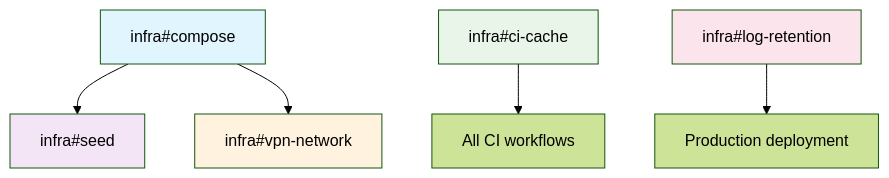
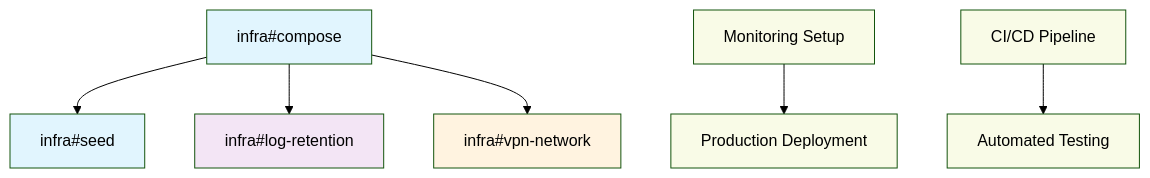
One commit to maury91/miauflix changed the diagram in todo/infra-todos.md. Above: the diagram before and after it, drawn with Mermaid (forest theme). The commit also changed other lines of this file and 5 other files, not shown here.

Commit message:
update roadmap

````diff
--- a/todo/infra-todos.md
+++ b/todo/infra-todos.md
@@ -194,13 +404,24 @@
 ```mermaid
 graph TD
+    %% Priority 1 Dependencies
     A[infra#compose] --> B[infra#seed]
-    A --> C[infra#vpn-network]
-    D[infra#ci-cache] --> E[All CI workflows]
-    F[infra#log-retention] --> G[Production deployment]
+
+    %% Priority 3 Dependencies
+    A --> C[infra#log-retention]
+
+    %% Priority 5 Dependencies
+    A --> D[infra#vpn-network]
+
+    %% Future Dependencies
+    E[Monitoring Setup] --> F[Production Deployment]
+    G[CI/CD Pipeline] --> H[Automated Testing]
 
     style A fill:#e1f5fe
-    style B fill:#f3e5f5
-    style C fill:#fff3e0
-    style D fill:#e8f5e8
-    style F fill:#fce4ec
+    style B fill:#e1f5fe
+    style C fill:#f3e5f5
+    style D fill:#fff3e0
+    style E fill:#f9fbe7
+    style F fill:#f9fbe7
+    style G fill:#f9fbe7
+    style H fill:#f9fbe7
 ```
````
